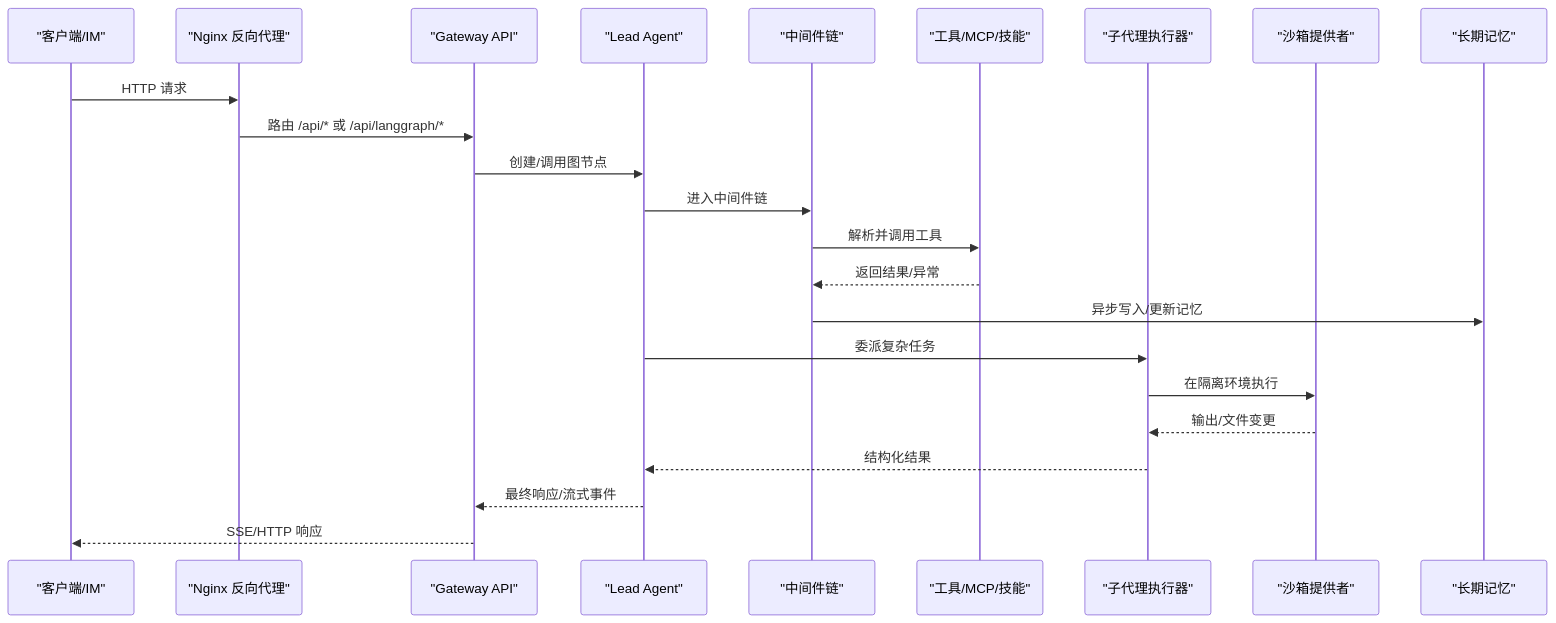
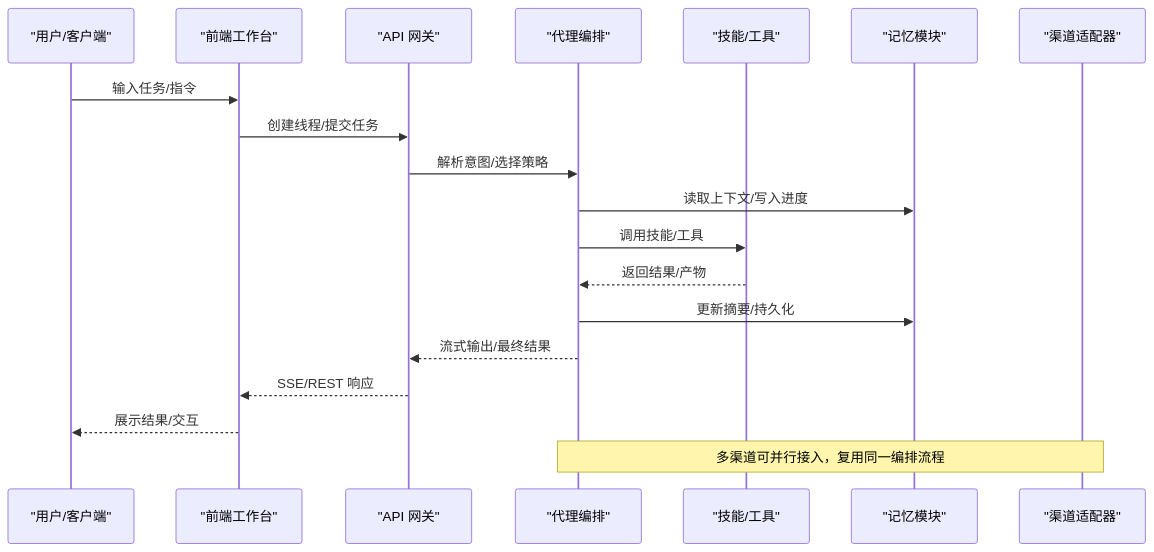
Before and after one commit to xfbyxq/deer-flow: the second of 8 diagrams in .qoder/repowiki/zh/content/项目概述/项目介绍.md, drawn with Mermaid. The commit also changed other lines of this file and 621 other files, not shown here.

````diff
--- a/.qoder/repowiki/zh/content/项目概述/项目介绍.md
+++ b/.qoder/repowiki/zh/content/项目概述/项目介绍.md
@@ -90,25 +127,21 @@
 ```mermaid
 sequenceDiagram
-participant Client as "客户端/IM"
-participant Nginx as "Nginx 反向代理"
-participant Gateway as "Gateway API"
-participant Lead as "Lead Agent"
-participant MW as "中间件链"
-participant Tools as "工具/MCP/技能"
-participant Sub as "子代理执行器"
-participant Sandbox as "沙箱提供者"
-participant Memory as "长期记忆"
-Client->>Nginx : HTTP 请求
-Nginx->>Gateway : 路由 /api/* 或 /api/langgraph/*
-Gateway->>Lead : 创建/调用图节点
-Lead->>MW : 进入中间件链
-MW->>Tools : 解析并调用工具
-Tools-->>MW : 返回结果/异常
-MW->>Memory : 异步写入/更新记忆
-Lead->>Sub : 委派复杂任务
-Sub->>Sandbox : 在隔离环境执行
-Sandbox-->>Sub : 输出/文件变更
-Sub-->>Lead : 结构化结果
-Lead-->>Gateway : 最终响应/流式事件
-Gateway-->>Client : SSE/HTTP 响应
+participant U as "用户/客户端"
+participant FE as "前端工作台"
+participant GW as "API 网关"
+participant AG as "代理编排"
+participant SK as "技能/工具"
+participant ME as "记忆模块"
+participant CH as "渠道适配器"
+U->>FE : 输入任务/指令
+FE->>GW : 创建线程/提交任务
+GW->>AG : 解析意图/选择策略
+AG->>ME : 读取上下文/写入进度
+AG->>SK : 调用技能/工具
+SK-->>AG : 返回结果/产物
+AG->>ME : 更新摘要/持久化
+AG-->>GW : 流式输出/最终结果
+GW-->>FE : SSE/REST 响应
+FE-->>U : 展示结果/交互
+Note over CH,AG : 多渠道可并行接入，复用同一编排流程
 ```
````
